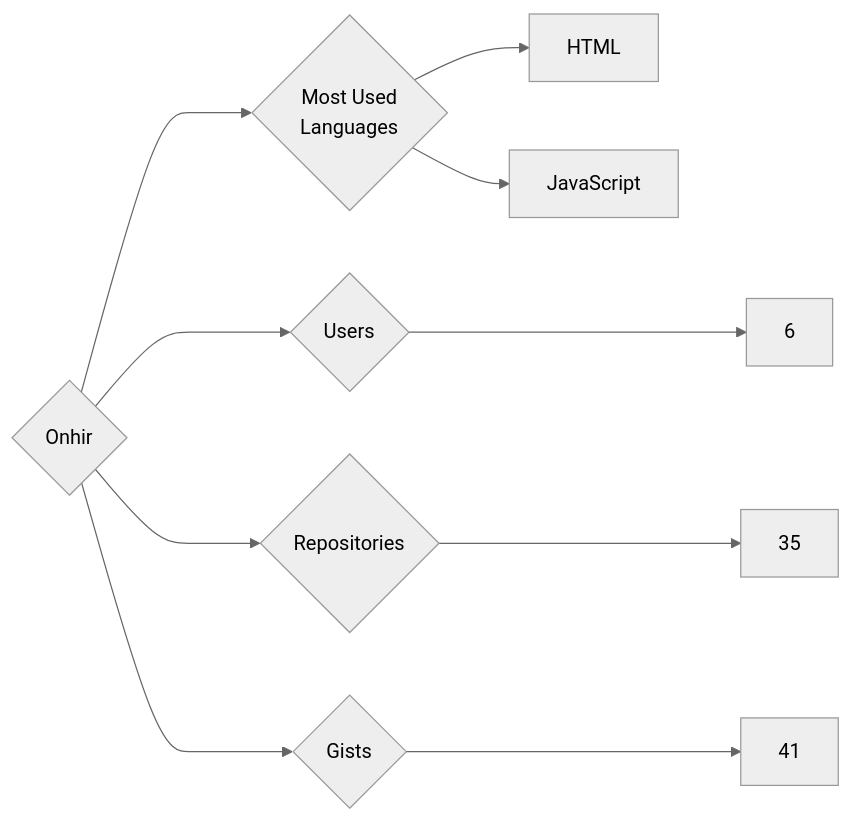
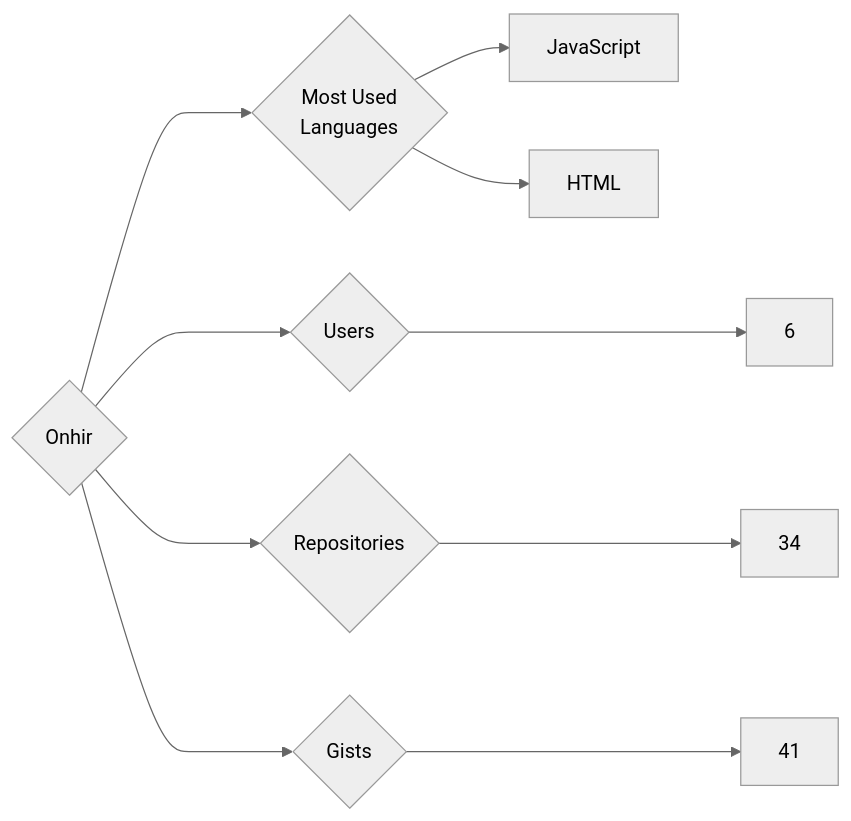
One commit to trickest/insiders changed the diagram in targets/Onhir/README.md. Above: the diagram before and after it, drawn with Mermaid (neutral theme). The commit also changed 1508 other files, not shown here.

````diff
--- a/targets/Onhir/README.md
+++ b/targets/Onhir/README.md
@@ -3,10 +3,10 @@
 ```mermaid
 graph LR
 COMPANY_NAME{Onhir}
 COMPANY_NAME ---> U{Users} ---> UN[6]
-COMPANY_NAME ---> R{Repositories} ---> RN[35]
+COMPANY_NAME ---> R{Repositories} ---> RN[34]
 COMPANY_NAME ---> G{Gists} ---> GN[41]
 COMPANY_NAME ---> ML{Most Used<br>Languages}
+ML --> JavaScript[JavaScript]
 ML --> HTML[HTML]
-ML --> JavaScript[JavaScript]
 ```
````
